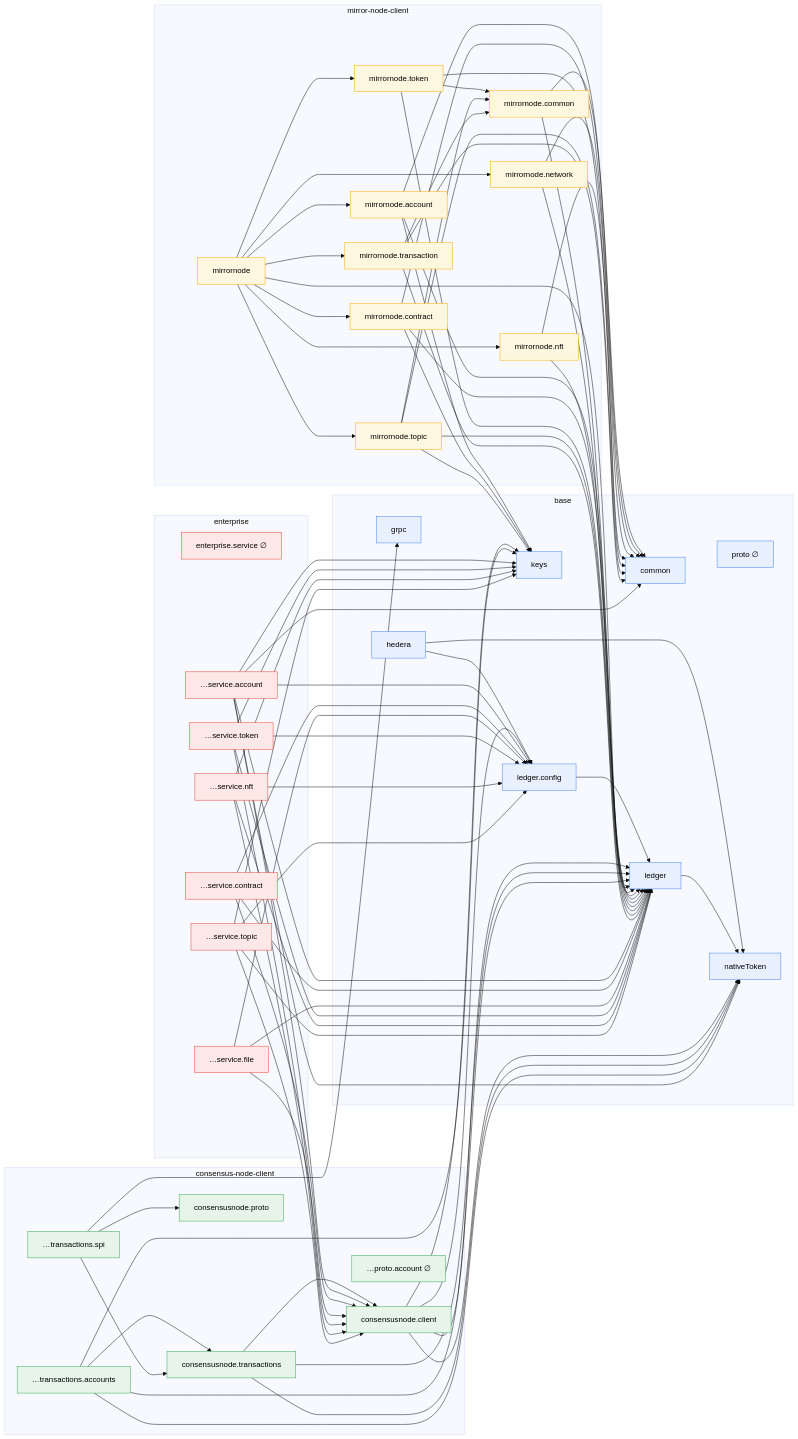
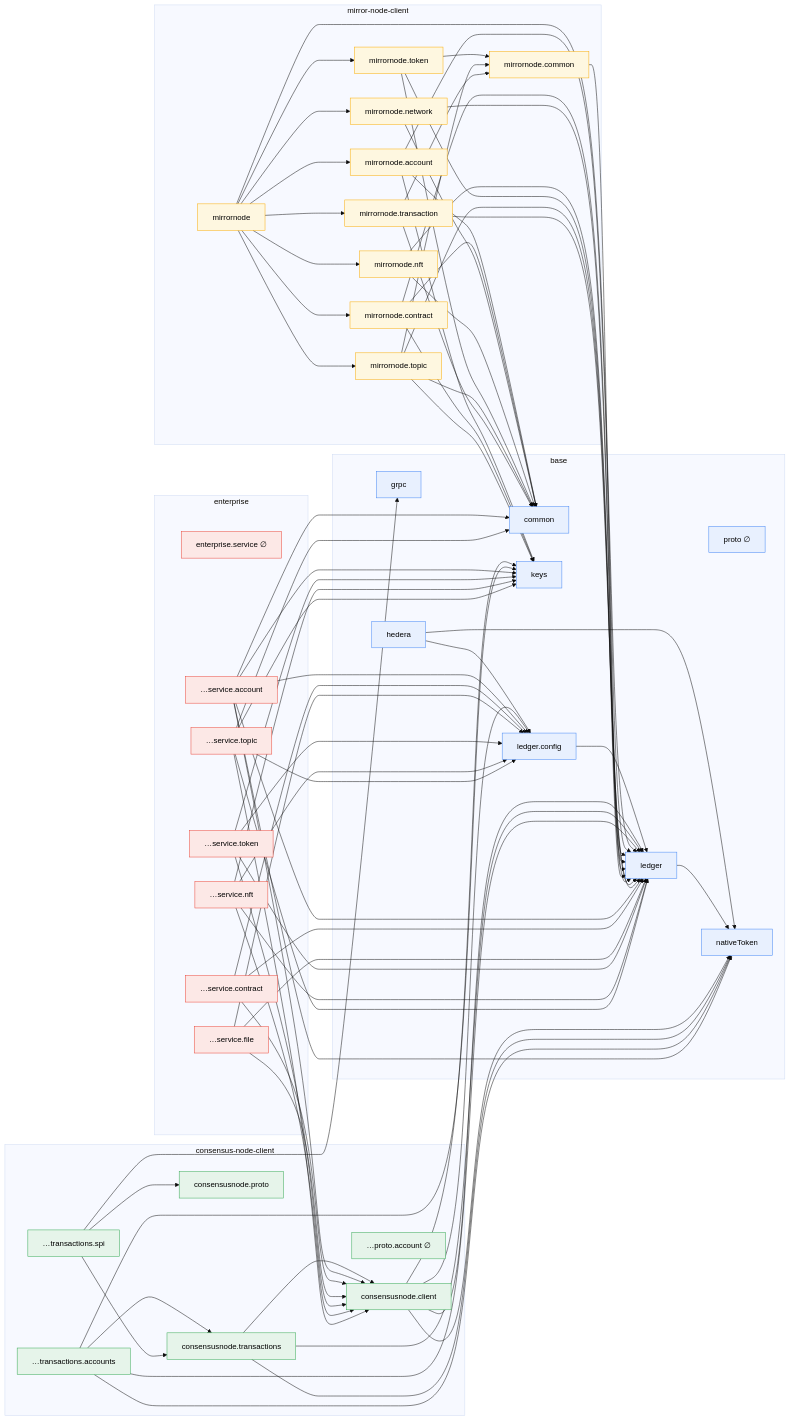
One commit to hendrikebbers/hiero-sdk-v3-prototyping changed the second of 2 diagrams in spec/dependencies.md. Above: the diagram before and after it, drawn with Mermaid (base theme). The commit also changed other lines of this file and 1 other file, not shown here.

Commit message:
Update enterprise service dependencies and enhance topic service requirements

```diff
--- a/spec/dependencies.md
+++ b/spec/dependencies.md
@@ -110,7 +110,6 @@
     mn_account --> keys
     mn_account --> common
     mn_common --> ledger
-    mn_common --> common
     mn_contract --> ledger
     mn_contract --> keys
     mn_contract --> common
@@ -150,6 +149,7 @@
     ent_nft --> ledger_config
     ent_nft --> keys
     ent_nft --> cn_client
+    ent_topic --> common
     ent_topic --> ledger
     ent_topic --> ledger_config
     ent_topic --> keys
```
